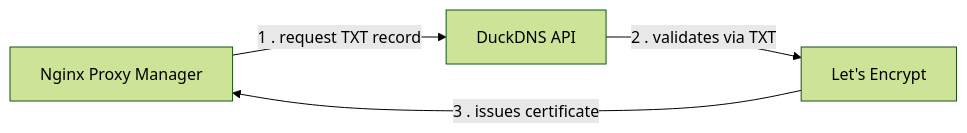
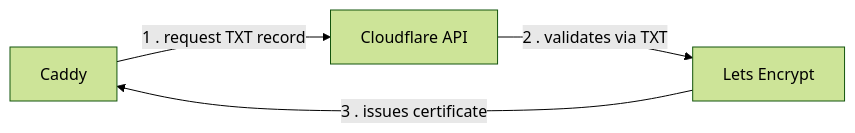
One commit to AlexSzczygielski/casa-mia-network changed the fifth of 5 diagrams in README.md. Above: the diagram before and after it, drawn with Mermaid (forest theme). The commit also changed other lines of this file, not shown here.

Commit message:
Update README to enhance deployment details and clarify DNS/TLS setup

````diff
--- a/README.md
+++ b/README.md
@@ -136,6 +185,6 @@
 ```mermaid
 graph LR
-    NPM[Nginx Proxy Manager] -->|1 . request TXT record| DuckDNS[DuckDNS API]
-    DuckDNS -->|2 . validates via TXT| LE[Let's Encrypt]
-    LE -->|3 . issues certificate| NPM
+    Caddy[Caddy] -->|1 . request TXT record| Cloudflare[Cloudflare API]
+    Cloudflare -->|2 . validates via TXT| LE[Lets Encrypt]
+    LE -->|3 . issues certificate| Caddy
 ```
````
